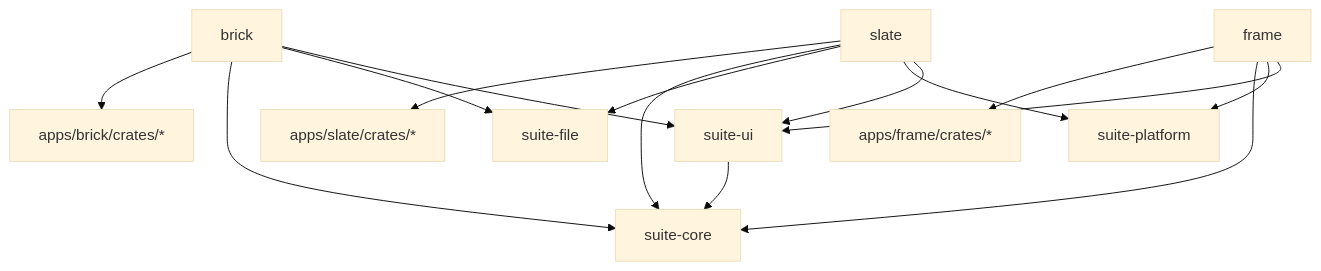
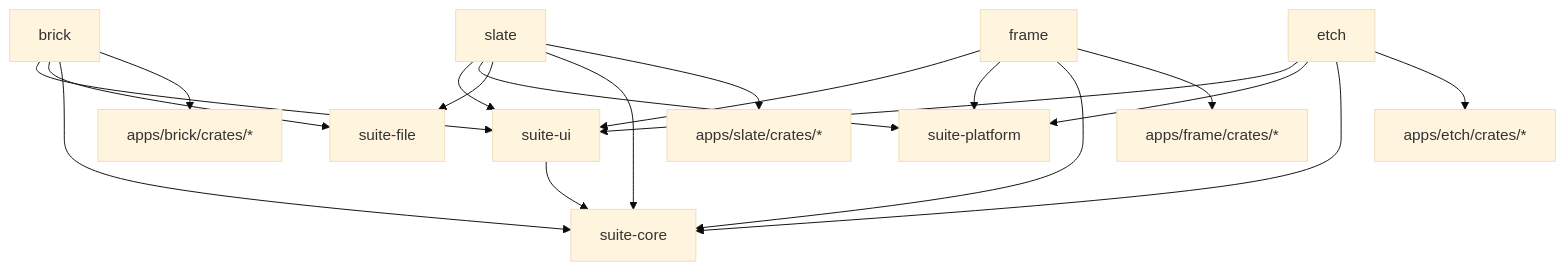
The diagram in docs/architecture/overview.md (avdrav1/bricks), drawn with Mermaid (base theme) before and after one commit. The commit also changed other lines of this file and 12 other files, not shown here.

Commit message:
SUITE-5: Plan Etch: spec, ADR 0010, ET0-ET3 backlog chain; skills and ship.sh for every app

````diff
--- a/docs/architecture/overview.md
+++ b/docs/architecture/overview.md
@@ -35,17 +36,21 @@
 ```mermaid
 graph TD
     brick --> suite-ui
     brick --> suite-file
     brick --> suite-core
     brick --> brick-crates["apps/brick/crates/*"]
     slate --> suite-ui
     slate --> suite-platform
     slate --> suite-file
     slate --> suite-core
     slate --> slate-crates["apps/slate/crates/*"]
     frame --> suite-ui
     frame --> suite-platform
     frame --> suite-core
     frame --> frame-crates["apps/frame/crates/*"]
+    etch --> suite-ui
+    etch --> suite-platform
+    etch --> suite-core
+    etch --> etch-crates["apps/etch/crates/*"]
     suite-ui --> suite-core
 ```
````
